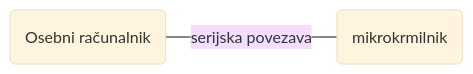
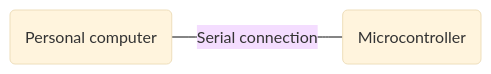
One commit to fsprojekti/wiki changed the first of 3 diagrams in en/arduino-demo/uporaba-serijske-komunikacije.md. Above: the diagram before and after it, drawn with Mermaid (base theme). The commit also changed other lines of this file and 24 other files, not shown here.

````diff
--- a/en/arduino-demo/uporaba-serijske-komunikacije.md
+++ b/en/arduino-demo/uporaba-serijske-komunikacije.md
@@ -5,4 +5,4 @@
 ```mermaid
 graph LR;
-    A(Osebni računalnik)---|serijska povezava|B(mikrokrmilnik )
+    A(Personal computer)---|Serial connection|B(Microcontroller)
 ```
````
